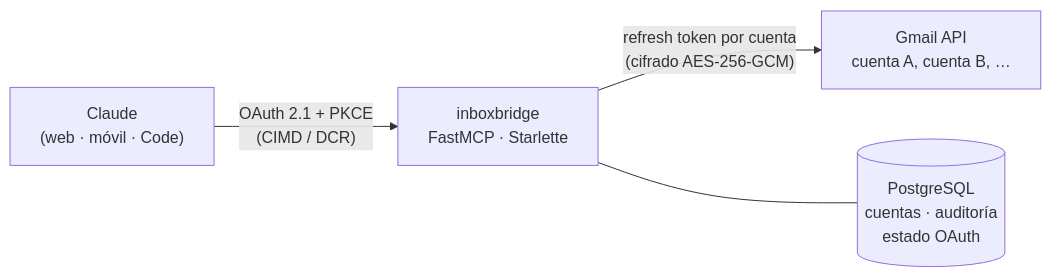
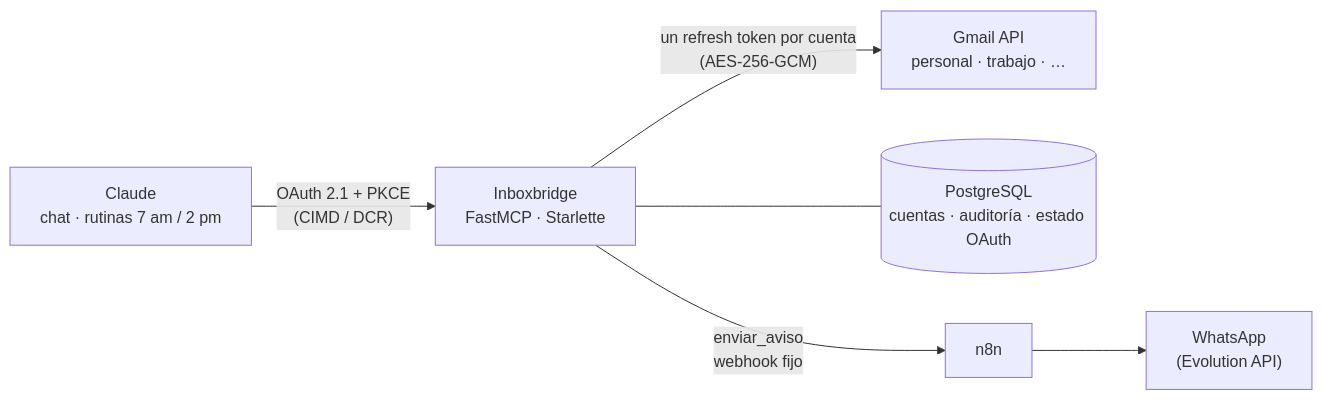
Before and after one commit to devzapataa/inboxbridge-mcp: the diagram in README.md, drawn with Mermaid. The commit also changed other lines of this file and 2 other files, not shown here.

````diff
--- a/README.md
+++ b/README.md
@@ -9,6 +35,8 @@
 ```mermaid
 flowchart LR
-    C["Claude<br/>(web · móvil · Code)"] -- "OAuth 2.1 + PKCE<br/>(CIMD / DCR)" --> S["inboxbridge<br/>FastMCP · Starlette"]
-    S -- "refresh token por cuenta<br/>(cifrado AES-256-GCM)" --> G["Gmail API<br/>cuenta A, cuenta B, …"]
-    S --- P[("PostgreSQL<br/>cuentas · auditoría<br/>estado OAuth")]
+    C["Claude<br/>chat · rutinas 7 am / 2 pm"] -- "OAuth 2.1 + PKCE<br/>(CIMD / DCR)" --> S["Inboxbridge<br/>FastMCP · Starlette"]
+    S -- "un refresh token por cuenta<br/>(AES-256-GCM)" --> G["Gmail API<br/>personal · trabajo · …"]
+    S --- P[("PostgreSQL<br/>cuentas · auditoría · estado OAuth")]
+    S -- "enviar_aviso<br/>webhook fijo" --> N["n8n"]
+    N --> W["WhatsApp<br/>(Evolution API)"]
 ```
````
